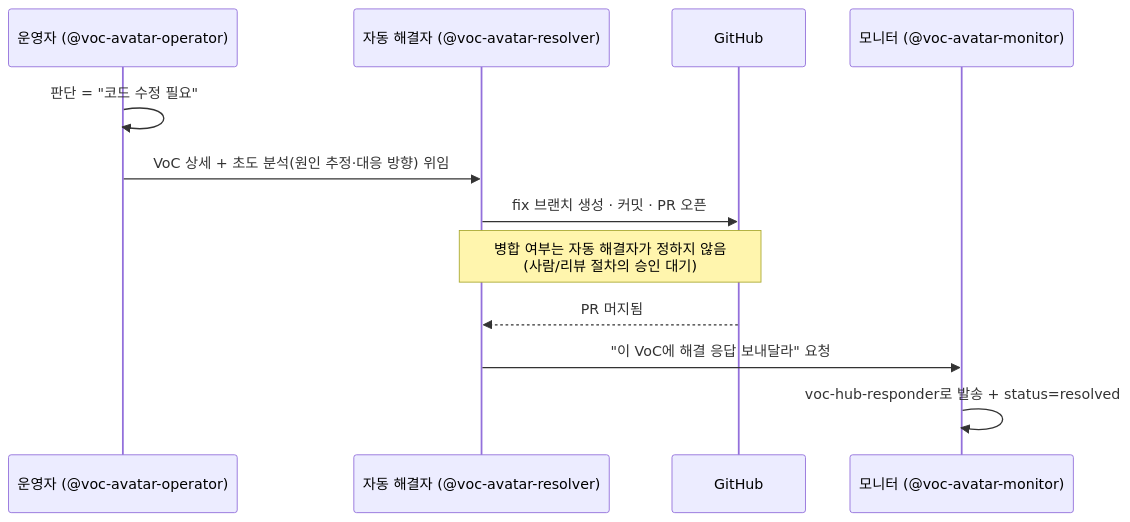
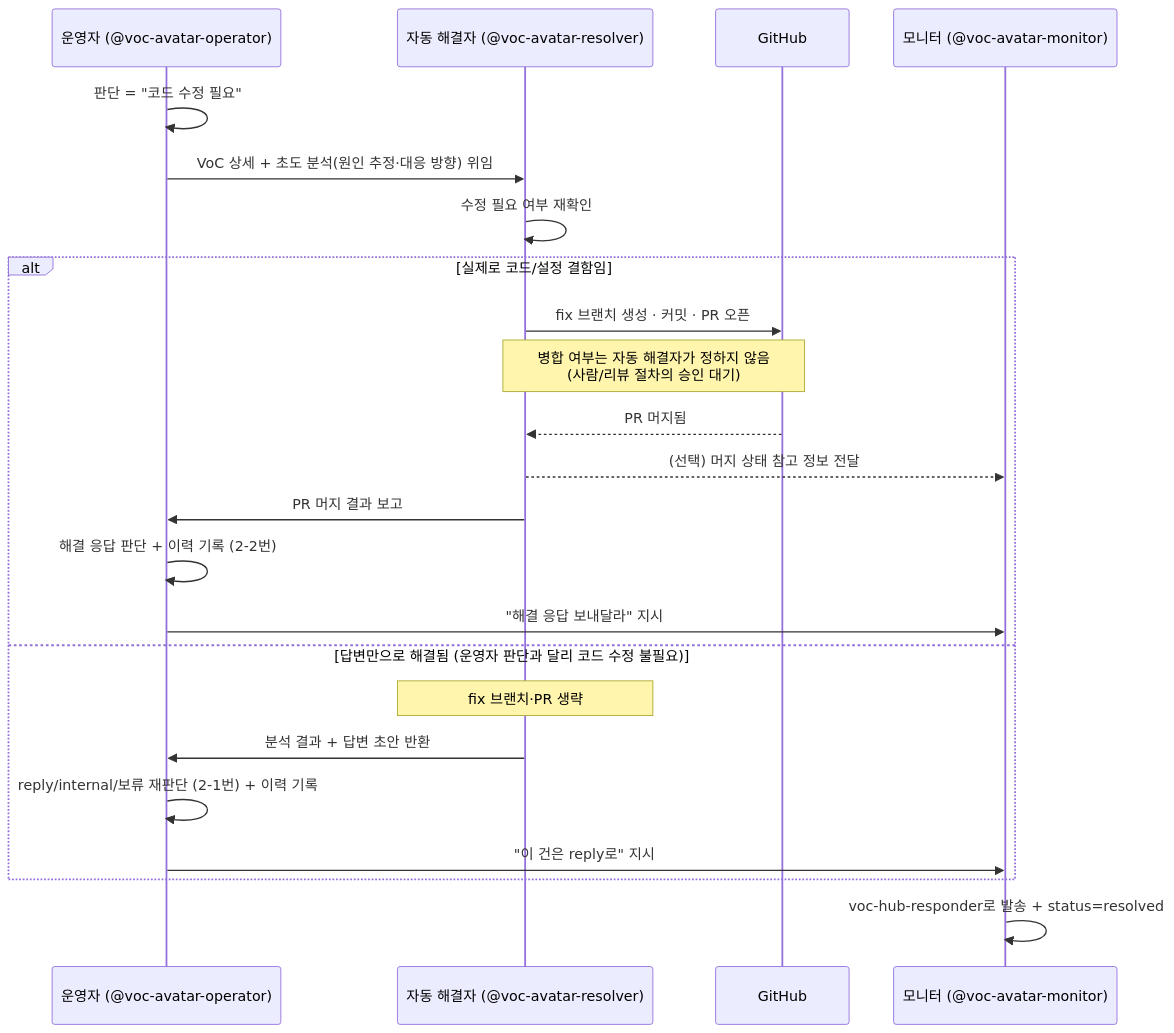
Before and after one commit to panicdna/try-avatar: the third of 4 diagrams in voc-avatar-marketplace/plugins/voc-avatar-partner/README.md, drawn with Mermaid. The commit also changed other lines of this file and 2 other files, not shown here.

````diff
--- a/voc-avatar-marketplace/plugins/voc-avatar-partner/README.md
+++ b/voc-avatar-marketplace/plugins/voc-avatar-partner/README.md
@@ -138,15 +140,26 @@
 ```mermaid
 sequenceDiagram
     participant O as 운영자 (@voc-avatar-operator)
     participant R as 자동 해결자 (@voc-avatar-resolver)
     participant G as GitHub
     participant M as 모니터 (@voc-avatar-monitor)
 
     O->>O: 판단 = "코드 수정 필요"
     O->>R: VoC 상세 + 초도 분석(원인 추정·대응 방향) 위임
-    R->>G: fix 브랜치 생성 · 커밋 · PR 오픈
-    Note over R,G: 병합 여부는 자동 해결자가 정하지 않음<br/>(사람/리뷰 절차의 승인 대기)
-    G-->>R: PR 머지됨
-    R->>M: "이 VoC에 해결 응답 보내달라" 요청
+    R->>R: 수정 필요 여부 재확인
+    alt 실제로 코드/설정 결함임
+        R->>G: fix 브랜치 생성 · 커밋 · PR 오픈
+        Note over R,G: 병합 여부는 자동 해결자가 정하지 않음<br/>(사람/리뷰 절차의 승인 대기)
+        G-->>R: PR 머지됨
+        R-->>M: (선택) 머지 상태 참고 정보 전달
+        R->>O: PR 머지 결과 보고
+        O->>O: 해결 응답 판단 + 이력 기록 (2-2번)
+        O->>M: "해결 응답 보내달라" 지시
+    else 답변만으로 해결됨 (운영자 판단과 달리 코드 수정 불필요)
+        Note over R: fix 브랜치·PR 생략
+        R->>O: 분석 결과 + 답변 초안 반환
+        O->>O: reply/internal/보류 재판단 (2-1번) + 이력 기록
+        O->>M: "이 건은 reply로" 지시
+    end
     M->>M: voc-hub-responder로 발송 + status=resolved
 ```
````
